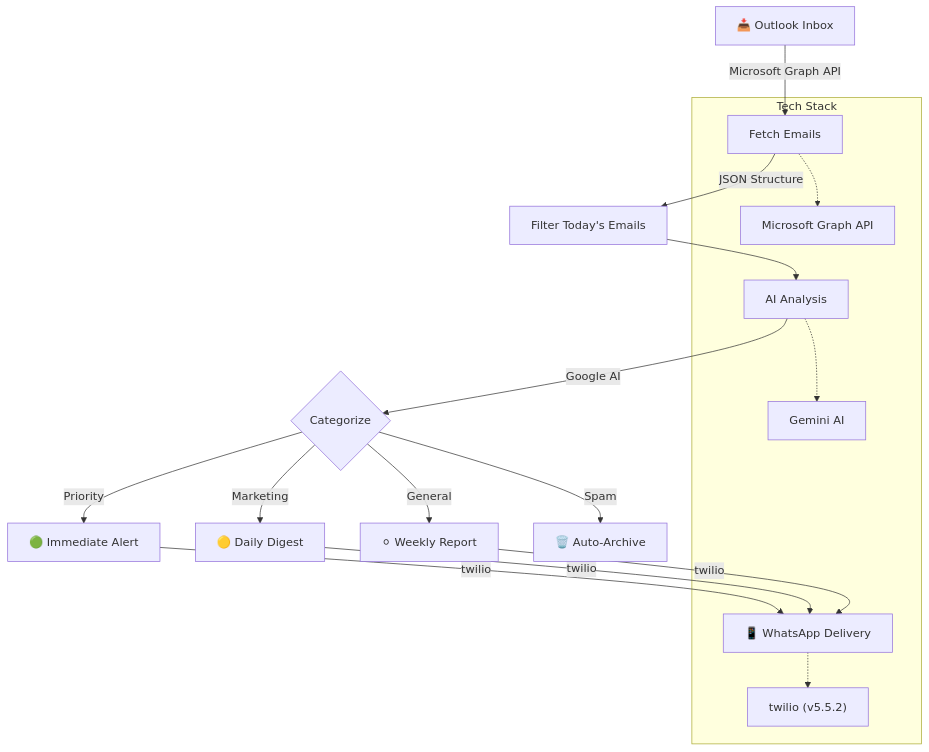
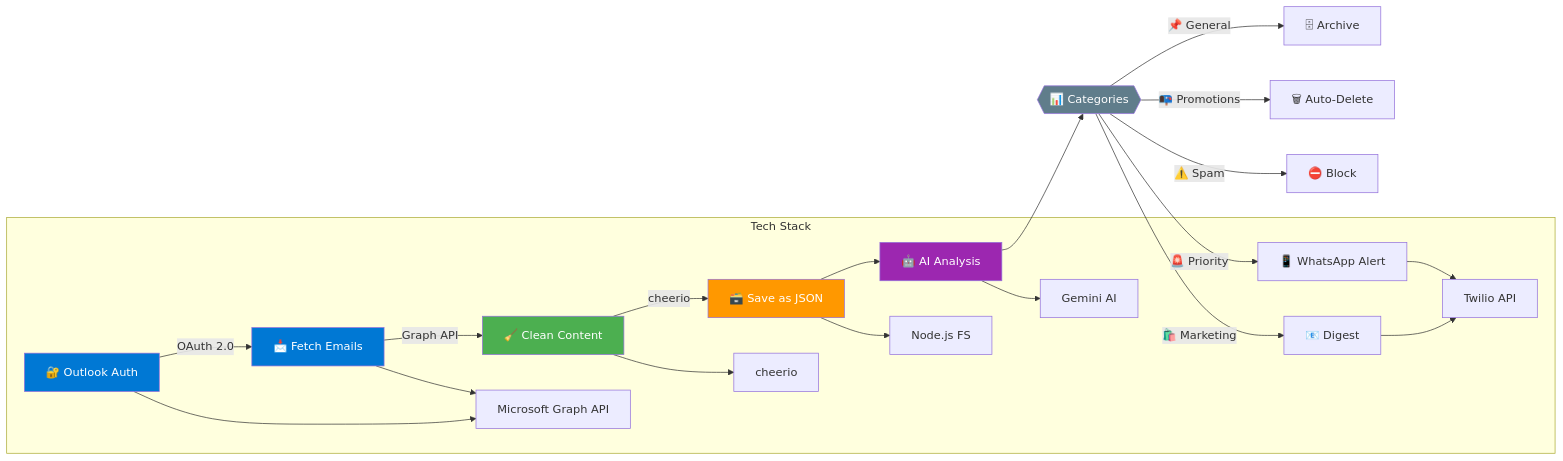
Before and after one commit to easlam10/ai-email-bot: the diagram in README.md, drawn with Mermaid. The commit also changed other lines of this file, not shown here.

````diff
--- a/README.md
+++ b/README.md
@@ -3,18 +3,28 @@
 ```mermaid
-flowchart TD
-    A[📥 Outlook Inbox] -->|Microsoft Graph API| B[Fetch Emails]
-    B -->|JSON Structure| C[Filter Today's Emails]
-    C --> D[AI Analysis]
-    D -->|Google AI| E{Categorize}
-    E -->|Priority| F[🟢 Immediate Alert]
-    E -->|Marketing| G[🟡 Daily Digest]
-    E -->|General| H[⚪ Weekly Report]
-    E -->|Spam| I[🗑️ Auto-Archive]
-    F & G & H -->|twilio| J[📱 WhatsApp Delivery]
-    
+flowchart LR
+    A[🔐 Outlook Auth] -->|OAuth 2.0| B[📩 Fetch Emails]
+    B -->|Graph API| C[🧹 Clean Content]
+    C -->|cheerio| D[🗃️ Save as JSON]
+    D --> E[🤖 AI Analysis]
+    E --> F{{"📊 Categories"}}
+    F -->|"🚨 Priority"| G[📱 WhatsApp Alert]
+    F -->|"🛍️ Marketing"| H[📧 Digest]
+    F -->|"📌 General"| I[🗄 Archive]
+    F -->|"📭 Promotions"| J[🗑 Auto-Delete]
+    F -->|"⚠️ Spam"| K[⛔ Block]
+
+    style A fill:#0078d4,color:white
+    style B fill:#0078d4,color:white
+    style C fill:#4caf50,color:white
+    style D fill:#ff9800,color:white
+    style E fill:#9c27b0,color:white
+    style F fill:#607d8b,color:white
+
     subgraph Tech Stack
-        B -.-> X1["Microsoft Graph API"]
-        D -.-> X2["Gemini AI"]
-        J -.-> X3["twilio (v5.5.2)"]
+        A & B --> X1["Microsoft Graph API"]
+        C --> X2["cheerio"]
+        D --> X3["Node.js FS"]
+        E --> X4["Gemini AI"]
+        G & H --> X5["Twilio API"]
     end
 ```
````
